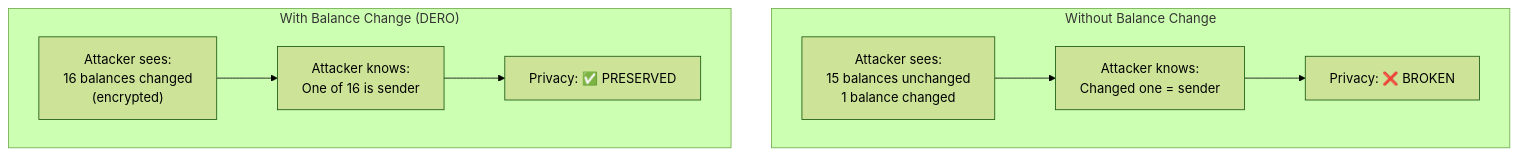
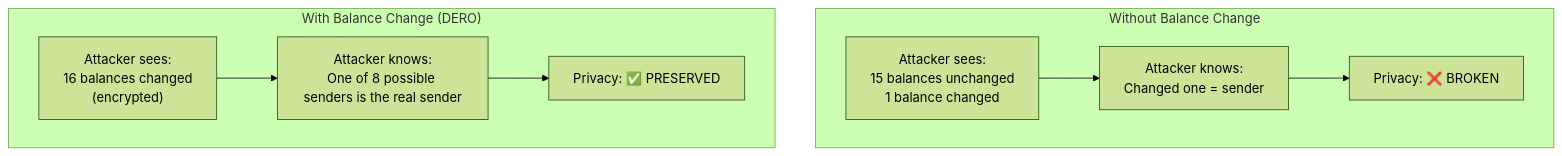
Before and after one commit to DHEBP/dero-docs: the second of 2 diagrams in derod-main/pages/integrity/ring-member-behavior.mdx, drawn with Mermaid (forest theme). The commit also changed other lines of this file and 8 other files, not shown here.

````diff
--- a/derod-main/pages/integrity/ring-member-behavior.mdx
+++ b/derod-main/pages/integrity/ring-member-behavior.mdx
@@ -123,14 +123,14 @@
 ```mermaid
 flowchart TD
     subgraph "Without Balance Change"
         A1["Attacker sees:<br/>15 balances unchanged<br/>1 balance changed"]
         A1 --> B1["Attacker knows:<br/>Changed one = sender"]
         B1 --> C1["Privacy: ❌ BROKEN"]
     end
     
     subgraph "With Balance Change (DERO)"
         A2["Attacker sees:<br/>16 balances changed<br/>(encrypted)"]
-        A2 --> B2["Attacker knows:<br/>One of 16 is sender"]
+        A2 --> B2["Attacker knows:<br/>One of 8 possible senders is the real sender"]
         B2 --> C2["Privacy: ✅ PRESERVED"]
     end
 ```
````
